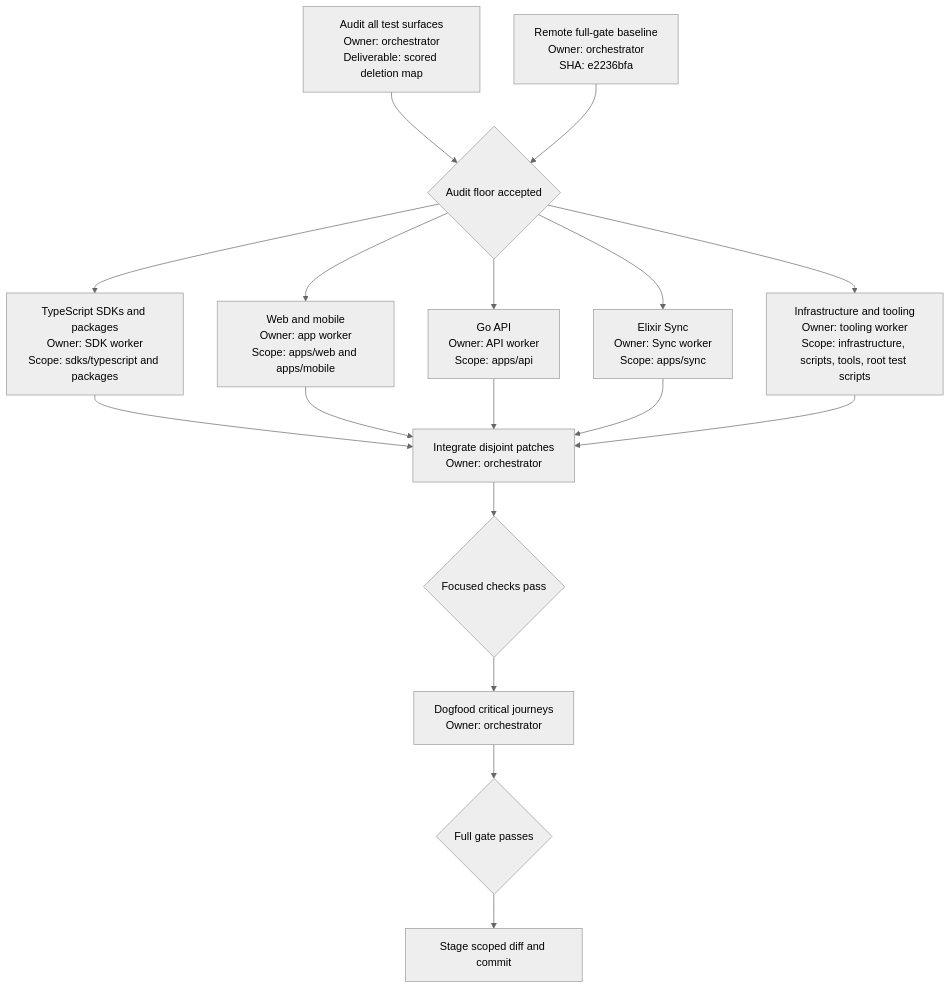
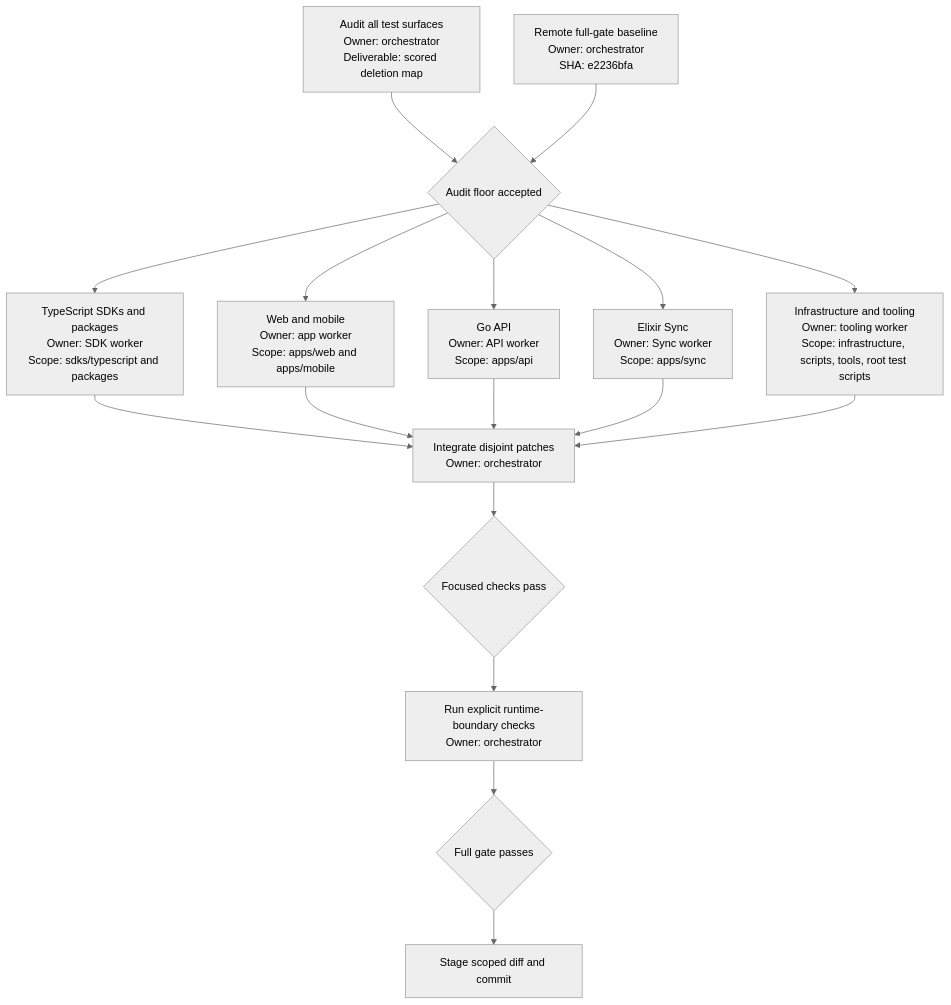
Before and after one commit to Q9Labs/chalk: the diagram in scratchpad/test-suite-reduction-spec-2026-08-23.md, drawn with Mermaid (neutral theme). The commit also changed other lines of this file and 146 other files, not shown here.

Commit message:
test: keep only runtime boundary proofs

````diff
--- a/scratchpad/test-suite-reduction-spec-2026-08-23.md
+++ b/scratchpad/test-suite-reduction-spec-2026-08-23.md
@@ -92,19 +92,19 @@
 ```mermaid
 flowchart TD
     A[Audit all test surfaces<br/>Owner: orchestrator<br/>Deliverable: scored deletion map] --> B{Audit floor accepted}
     P[Remote full-gate baseline<br/>Owner: orchestrator<br/>SHA: e2236bfa] --> B
     B --> C[TypeScript SDKs and packages<br/>Owner: SDK worker<br/>Scope: sdks/typescript and packages]
     B --> D[Web and mobile<br/>Owner: app worker<br/>Scope: apps/web and apps/mobile]
     B --> E[Go API<br/>Owner: API worker<br/>Scope: apps/api]
     B --> F[Elixir Sync<br/>Owner: Sync worker<br/>Scope: apps/sync]
     B --> G[Infrastructure and tooling<br/>Owner: tooling worker<br/>Scope: infrastructure, scripts, tools, root test scripts]
     C --> H[Integrate disjoint patches<br/>Owner: orchestrator]
     D --> H
     E --> H
     F --> H
     G --> H
     H --> I{Focused checks pass}
-    I --> J[Dogfood critical journeys<br/>Owner: orchestrator]
+    I --> J[Run explicit runtime-boundary checks<br/>Owner: orchestrator]
     J --> K{Full gate passes}
     K --> L[Stage scoped diff and commit]
 ```
````
